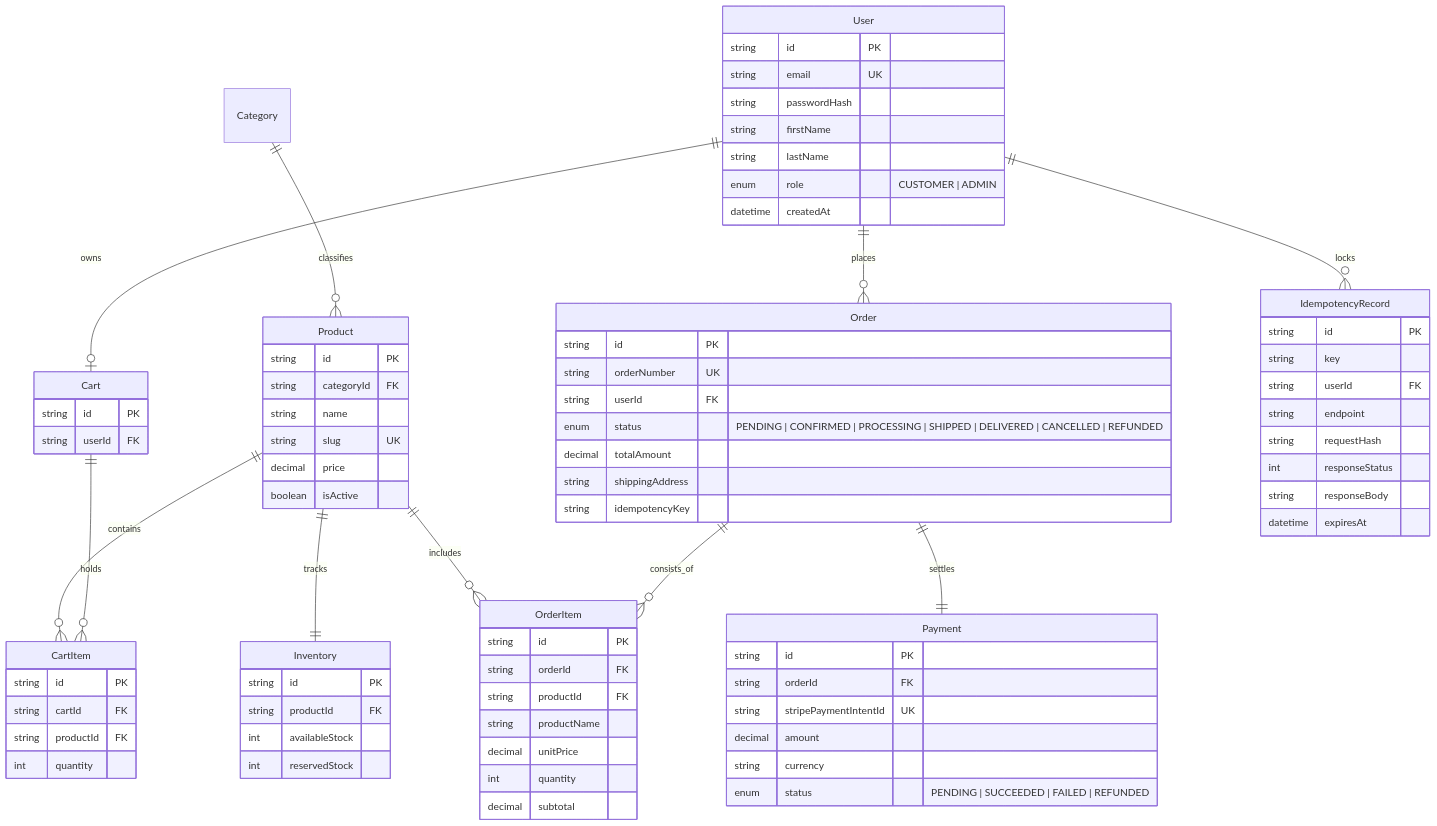
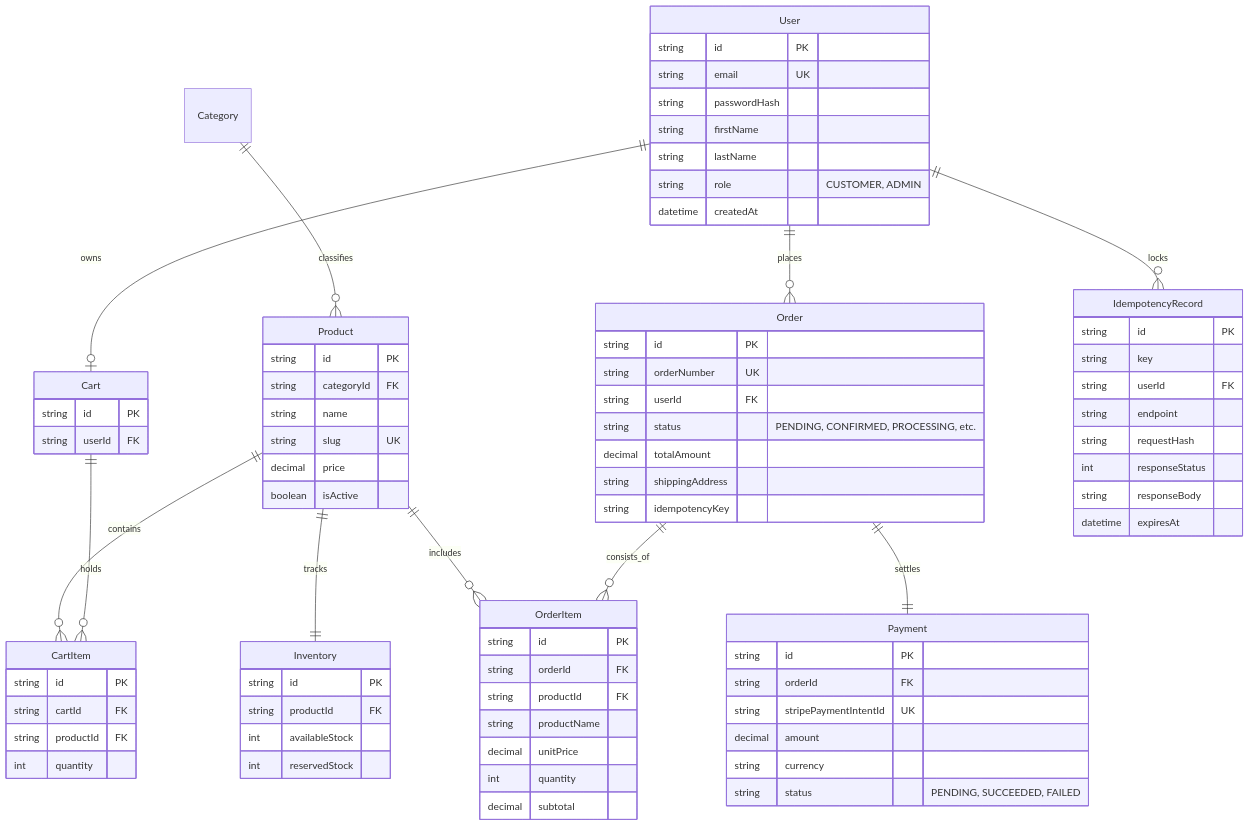
One commit to simran846/OrderFlow changed the second of 2 diagrams in README.md. Above: the diagram before and after it, drawn with Mermaid. The commit also changed other lines of this file, not shown here.

Commit message:
fix(docs): resolve GitHub Mermaid diagram syntax and pipe token parsing errors

```diff
--- a/README.md
+++ b/README.md
@@ -118,7 +122,7 @@
         string passwordHash
         string firstName
         string lastName
-        enum role "CUSTOMER | ADMIN"
+        string role "CUSTOMER, ADMIN"
         datetime createdAt
     }
 
@@ -154,7 +158,7 @@
         string id PK
         string orderNumber UK
         string userId FK
-        enum status "PENDING | CONFIRMED | PROCESSING | SHIPPED | DELIVERED | CANCELLED | REFUNDED"
+        string status "PENDING, CONFIRMED, PROCESSING, etc."
         decimal totalAmount
         string shippingAddress
         string idempotencyKey
@@ -176,7 +180,7 @@
         string stripePaymentIntentId UK
         decimal amount
         string currency
-        enum status "PENDING | SUCCEEDED | FAILED | REFUNDED"
+        string status "PENDING, SUCCEEDED, FAILED"
     }
 
     IdempotencyRecord {
```
